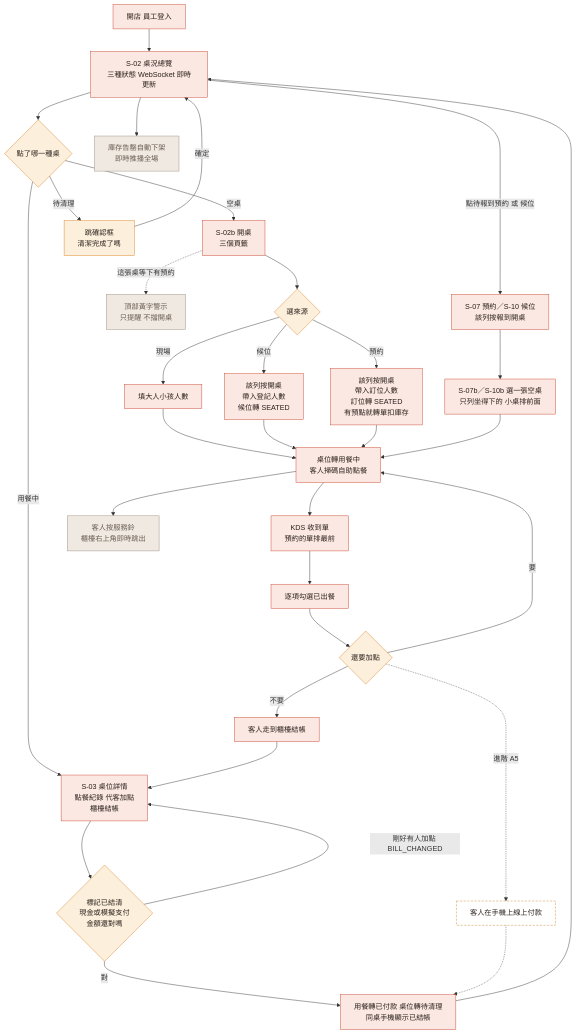
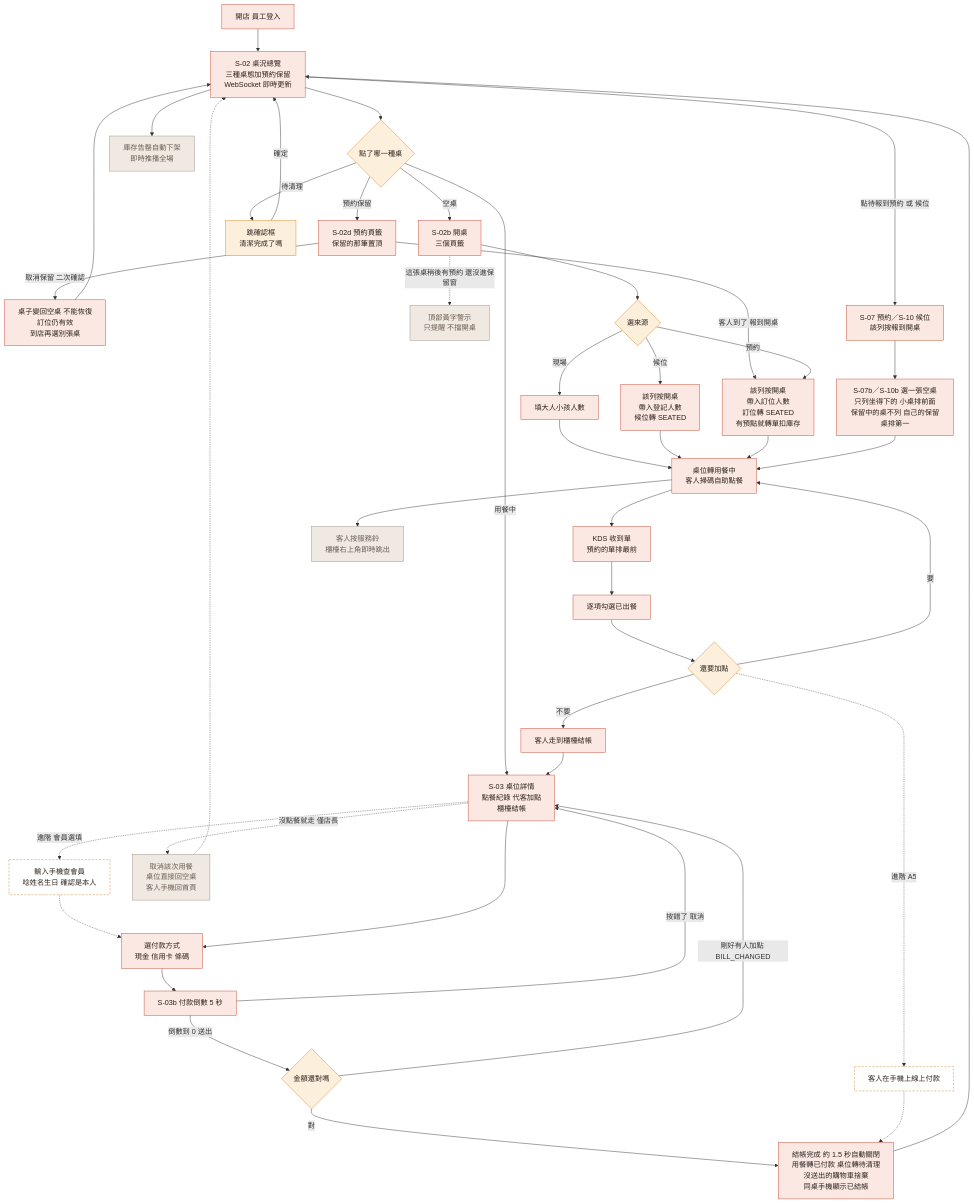
Before and after one commit to harry-wann/smart-order: the second of 3 diagrams in docs/ui/10-UI-UX規格.md, drawn with Mermaid. The commit also changed other lines of this file and 80 other files, not shown here.

````diff
--- a/docs/ui/10-UI-UX規格.md
+++ b/docs/ui/10-UI-UX規格.md
@@ -810,47 +972,58 @@
 ```mermaid
 flowchart TD
-    A["開店 員工登入"] --> C["S-02 桌況總覽<br/>三種狀態 WebSocket 即時更新"]
+    A["開店 員工登入"] --> C["S-02 桌況總覽<br/>三種桌態加預約保留<br/>WebSocket 即時更新"]
     C --> T{"點了哪一種桌"}
 
     T -->|空桌| O["S-02b 開桌<br/>三個頁籤"]
+    T -->|預約保留| RH["S-02d 預約頁籤<br/>保留的那筆置頂"]
+    RH -->|客人到了 報到開桌| F
+    RH -->|取消保留 二次確認| RL["桌子變回空桌 不能恢復<br/>訂位仍有效<br/>到店再選別張桌"]
+    RL --> C
     O --> O1{"選來源"}
     O1 -->|現場| E["填大人小孩人數"]
     O1 -->|候位| W["該列按開桌<br/>帶入登記人數<br/>候位轉 SEATED"]
     O1 -->|預約| F["該列按開桌<br/>帶入訂位人數<br/>訂位轉 SEATED<br/>有預點就轉單扣庫存"]
-    O -.->|這張桌等下有預約| WARN["頂部黃字警示<br/>只提醒 不擋開桌"]
+    O -.->|這張桌稍後有預約 還沒進保留窗| WARN["頂部黃字警示<br/>只提醒 不擋開桌"]
     E --> G["桌位轉用餐中<br/>客人掃碼自助點餐"]
     W --> G
     F --> G
 
     C -->|點待報到預約 或 候位| P7["S-07 預約／S-10 候位<br/>該列按報到開桌"]
-    P7 --> P7B["S-07b／S-10b 選一張空桌<br/>只列坐得下的 小桌排前面"]
+    P7 --> P7B["S-07b／S-10b 選一張空桌<br/>只列坐得下的 小桌排前面<br/>保留中的桌不列 自己的保留桌排第一"]
     P7B --> G
 
     T -->|用餐中| S3["S-03 桌位詳情<br/>點餐紀錄 代客加點<br/>櫃檯結帳"]
     T -->|待清理| CL["跳確認框<br/>清潔完成了嗎"]
     CL -->|確定| C
 
     G --> H["KDS 收到單<br/>預約的單排最前"]
     H --> I["逐項勾選已出餐"]
     I --> J{"還要加點"}
     J -->|要| G
     J -->|不要| K["客人走到櫃檯結帳"]
     K --> S3
-    S3 --> K1{"標記已結清<br/>現金或模擬支付<br/>金額還對嗎"}
+    S3 -.->|進階 會員選填| MB["輸入手機查會員<br/>唸姓名生日 確認是本人"]
+    MB -.-> PM
+    S3 --> PM["選付款方式<br/>現金 信用卡 條碼"]
+    PM --> CD["S-03b 付款倒數 5 秒"]
+    CD -->|按錯了 取消| S3
+    CD -->|倒數到 0 送出| K1{"金額還對嗎"}
     K1 -->|剛好有人加點 BILL_CHANGED| S3
-    K1 -->|對| L["用餐轉已付款 桌位轉待清理<br/>同桌手機顯示已結帳"]
+    K1 -->|對| L["結帳完成 約 1.5 秒自動關閉<br/>用餐轉已付款 桌位轉待清理<br/>沒送出的購物車捨棄<br/>同桌手機顯示已結帳"]
     L --> C
+    S3 -.->|沒點餐就走 僅店長| CX["取消該次用餐<br/>桌位直接回空桌<br/>客人手機回首頁"]
+    CX -.-> C
     J -.->|進階 A5| PAY["客人在手機上線上付款"]
     PAY -.-> L
     C --> N["庫存告罄自動下架<br/>即時推播全場"]
     G --> SV["客人按服務鈴<br/>櫃檯右上角即時跳出"]
 
     classDef ok fill:#FBE8E3,stroke:#C8442E,color:#2B211C
     classDef warn fill:#FCF0DC,stroke:#D98324,color:#2B211C
     classDef quiet fill:#EFE9E1,stroke:#9C8E84,color:#6B5D54
     classDef adv fill:#FFFFFF,stroke:#C9862A,stroke-dasharray:5 3,color:#2B211C
-    class A,C,O,E,W,F,G,H,I,K,L,S3,P7,P7B ok
+    class A,C,O,E,W,F,G,H,I,K,L,S3,P7,P7B,RH,RL,PM,CD ok
     class T,O1,J,CL,K1 warn
-    class WARN,N,SV quiet
-    class PAY adv
+    class WARN,N,SV,CX quiet
+    class PAY,MB adv
 ```
````
